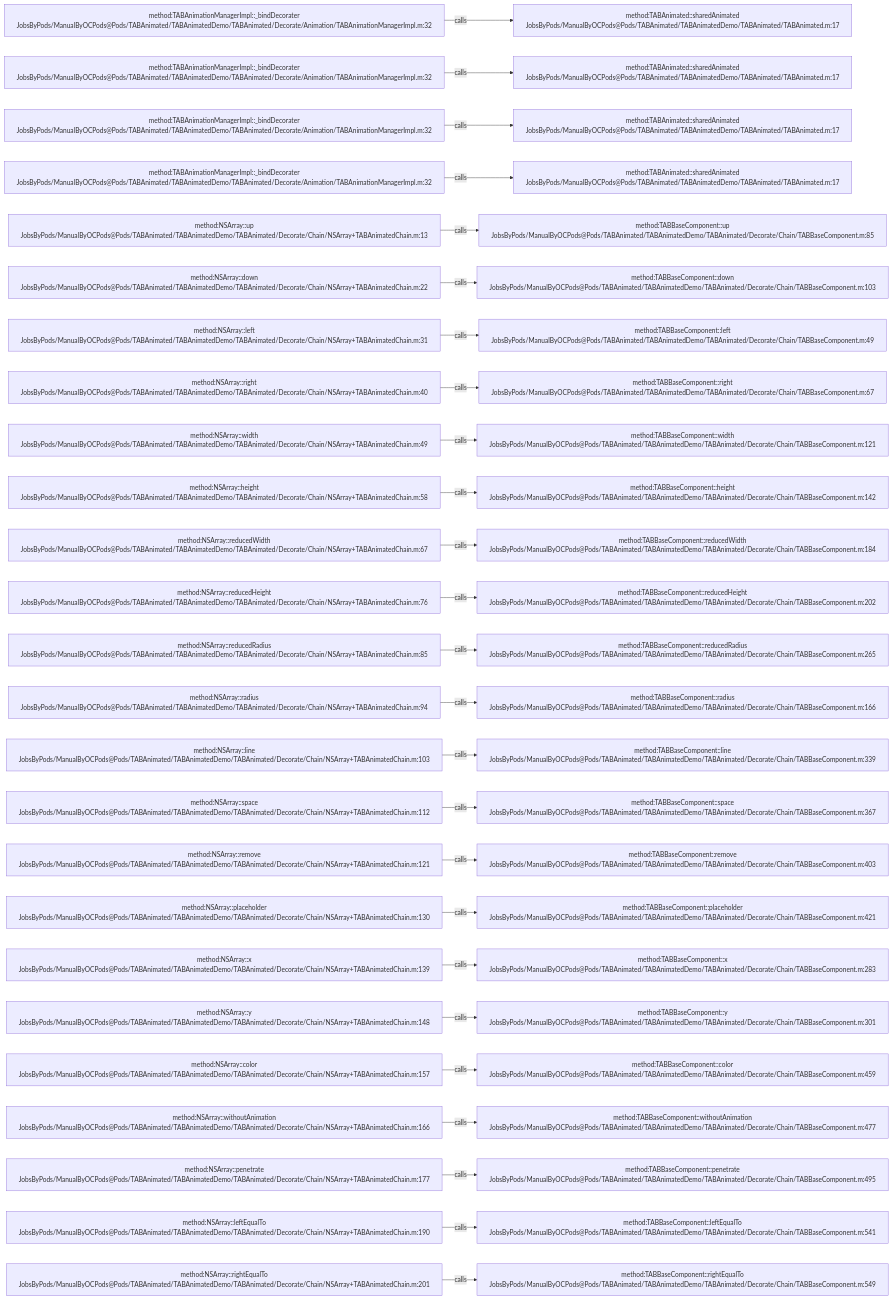
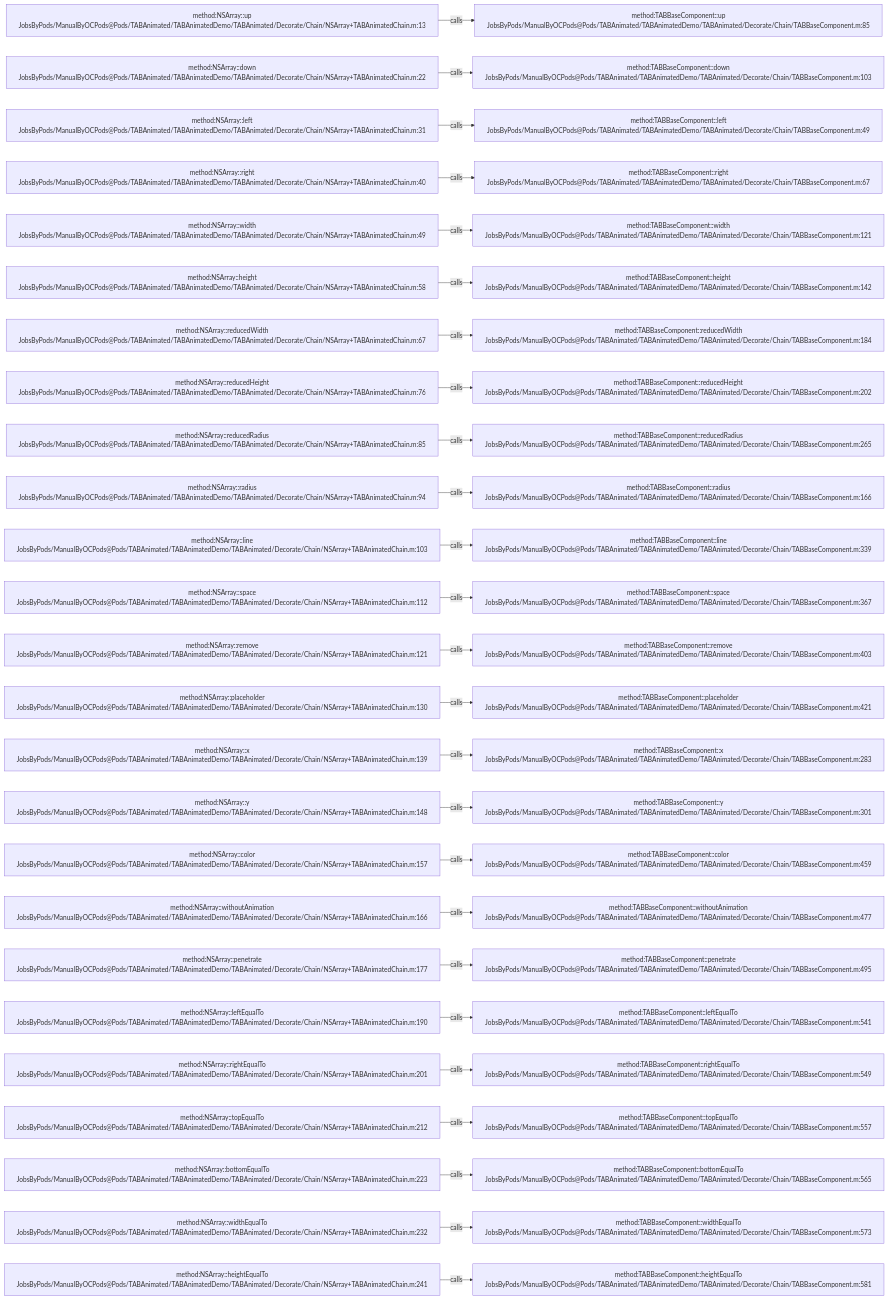
Before and after one commit to JobsKits/JobsOCBaseConfigDemo: the diagram in .codegraph/codegraph.md/graphs/calls-028.md, drawn with Mermaid. The commit also changed 727 other files, not shown here.

````diff
--- a/.codegraph/codegraph.md/graphs/calls-028.md
+++ b/.codegraph/codegraph.md/graphs/calls-028.md
@@ -13,78 +13,78 @@
 ```mermaid
 flowchart LR
-  S1["method:TABAnimationManagerImpl::_bindDecorater<br/>JobsByPods/ManualByOCPods@Pods/TABAnimated/TABAnimatedDemo/TABAnimated/Decorate/Animation/TABAnimationManagerImpl.m:32"]
-  T1["method:TABAnimated::sharedAnimated<br/>JobsByPods/ManualByOCPods@Pods/TABAnimated/TABAnimatedDemo/TABAnimated/TABAnimated.m:17"]
+  S1["method:NSArray::up<br/>JobsByPods/ManualByOCPods@Pods/TABAnimated/TABAnimatedDemo/TABAnimated/Decorate/Chain/NSArray+TABAnimatedChain.m:13"]
+  T1["method:TABBaseComponent::up<br/>JobsByPods/ManualByOCPods@Pods/TABAnimated/TABAnimatedDemo/TABAnimated/Decorate/Chain/TABBaseComponent.m:85"]
   S1 -->|calls| T1
-  S2["method:TABAnimationManagerImpl::_bindDecorater<br/>JobsByPods/ManualByOCPods@Pods/TABAnimated/TABAnimatedDemo/TABAnimated/Decorate/Animation/TABAnimationManagerImpl.m:32"]
-  T2["method:TABAnimated::sharedAnimated<br/>JobsByPods/ManualByOCPods@Pods/TABAnimated/TABAnimatedDemo/TABAnimated/TABAnimated.m:17"]
+  S2["method:NSArray::down<br/>JobsByPods/ManualByOCPods@Pods/TABAnimated/TABAnimatedDemo/TABAnimated/Decorate/Chain/NSArray+TABAnimatedChain.m:22"]
+  T2["method:TABBaseComponent::down<br/>JobsByPods/ManualByOCPods@Pods/TABAnimated/TABAnimatedDemo/TABAnimated/Decorate/Chain/TABBaseComponent.m:103"]
   S2 -->|calls| T2
-  S3["method:TABAnimationManagerImpl::_bindDecorater<br/>JobsByPods/ManualByOCPods@Pods/TABAnimated/TABAnimatedDemo/TABAnimated/Decorate/Animation/TABAnimationManagerImpl.m:32"]
-  T3["method:TABAnimated::sharedAnimated<br/>JobsByPods/ManualByOCPods@Pods/TABAnimated/TABAnimatedDemo/TABAnimated/TABAnimated.m:17"]
+  S3["method:NSArray::left<br/>JobsByPods/ManualByOCPods@Pods/TABAnimated/TABAnimatedDemo/TABAnimated/Decorate/Chain/NSArray+TABAnimatedChain.m:31"]
+  T3["method:TABBaseComponent::left<br/>JobsByPods/ManualByOCPods@Pods/TABAnimated/TABAnimatedDemo/TABAnimated/Decorate/Chain/TABBaseComponent.m:49"]
   S3 -->|calls| T3
-  S4["method:TABAnimationManagerImpl::_bindDecorater<br/>JobsByPods/ManualByOCPods@Pods/TABAnimated/TABAnimatedDemo/TABAnimated/Decorate/Animation/TABAnimationManagerImpl.m:32"]
-  T4["method:TABAnimated::sharedAnimated<br/>JobsByPods/ManualByOCPods@Pods/TABAnimated/TABAnimatedDemo/TABAnimated/TABAnimated.m:17"]
+  S4["method:NSArray::right<br/>JobsByPods/ManualByOCPods@Pods/TABAnimated/TABAnimatedDemo/TABAnimated/Decorate/Chain/NSArray+TABAnimatedChain.m:40"]
+  T4["method:TABBaseComponent::right<br/>JobsByPods/ManualByOCPods@Pods/TABAnimated/TABAnimatedDemo/TABAnimated/Decorate/Chain/TABBaseComponent.m:67"]
   S4 -->|calls| T4
-  S5["method:NSArray::up<br/>JobsByPods/ManualByOCPods@Pods/TABAnimated/TABAnimatedDemo/TABAnimated/Decorate/Chain/NSArray+TABAnimatedChain.m:13"]
-  T5["method:TABBaseComponent::up<br/>JobsByPods/ManualByOCPods@Pods/TABAnimated/TABAnimatedDemo/TABAnimated/Decorate/Chain/TABBaseComponent.m:85"]
+  S5["method:NSArray::width<br/>JobsByPods/ManualByOCPods@Pods/TABAnimated/TABAnimatedDemo/TABAnimated/Decorate/Chain/NSArray+TABAnimatedChain.m:49"]
+  T5["method:TABBaseComponent::width<br/>JobsByPods/ManualByOCPods@Pods/TABAnimated/TABAnimatedDemo/TABAnimated/Decorate/Chain/TABBaseComponent.m:121"]
   S5 -->|calls| T5
-  S6["method:NSArray::down<br/>JobsByPods/ManualByOCPods@Pods/TABAnimated/TABAnimatedDemo/TABAnimated/Decorate/Chain/NSArray+TABAnimatedChain.m:22"]
-  T6["method:TABBaseComponent::down<br/>JobsByPods/ManualByOCPods@Pods/TABAnimated/TABAnimatedDemo/TABAnimated/Decorate/Chain/TABBaseComponent.m:103"]
+  S6["method:NSArray::height<br/>JobsByPods/ManualByOCPods@Pods/TABAnimated/TABAnimatedDemo/TABAnimated/Decorate/Chain/NSArray+TABAnimatedChain.m:58"]
+  T6["method:TABBaseComponent::height<br/>JobsByPods/ManualByOCPods@Pods/TABAnimated/TABAnimatedDemo/TABAnimated/Decorate/Chain/TABBaseComponent.m:142"]
   S6 -->|calls| T6
-  S7["method:NSArray::left<br/>JobsByPods/ManualByOCPods@Pods/TABAnimated/TABAnimatedDemo/TABAnimated/Decorate/Chain/NSArray+TABAnimatedChain.m:31"]
-  T7["method:TABBaseComponent::left<br/>JobsByPods/ManualByOCPods@Pods/TABAnimated/TABAnimatedDemo/TABAnimated/Decorate/Chain/TABBaseComponent.m:49"]
+  S7["method:NSArray::reducedWidth<br/>JobsByPods/ManualByOCPods@Pods/TABAnimated/TABAnimatedDemo/TABAnimated/Decorate/Chain/NSArray+TABAnimatedChain.m:67"]
+  T7["method:TABBaseComponent::reducedWidth<br/>JobsByPods/ManualByOCPods@Pods/TABAnimated/TABAnimatedDemo/TABAnimated/Decorate/Chain/TABBaseComponent.m:184"]
   S7 -->|calls| T7
-  S8["method:NSArray::right<br/>JobsByPods/ManualByOCPods@Pods/TABAnimated/TABAnimatedDemo/TABAnimated/Decorate/Chain/NSArray+TABAnimatedChain.m:40"]
-  T8["method:TABBaseComponent::right<br/>JobsByPods/ManualByOCPods@Pods/TABAnimated/TABAnimatedDemo/TABAnimated/Decorate/Chain/TABBaseComponent.m:67"]
+  S8["method:NSArray::reducedHeight<br/>JobsByPods/ManualByOCPods@Pods/TABAnimated/TABAnimatedDemo/TABAnimated/Decorate/Chain/NSArray+TABAnimatedChain.m:76"]
+  T8["method:TABBaseComponent::reducedHeight<br/>JobsByPods/ManualByOCPods@Pods/TABAnimated/TABAnimatedDemo/TABAnimated/Decorate/Chain/TABBaseComponent.m:202"]
   S8 -->|calls| T8
-  S9["method:NSArray::width<br/>JobsByPods/ManualByOCPods@Pods/TABAnimated/TABAnimatedDemo/TABAnimated/Decorate/Chain/NSArray+TABAnimatedChain.m:49"]
-  T9["method:TABBaseComponent::width<br/>JobsByPods/ManualByOCPods@Pods/TABAnimated/TABAnimatedDemo/TABAnimated/Decorate/Chain/TABBaseComponent.m:121"]
+  S9["method:NSArray::reducedRadius<br/>JobsByPods/ManualByOCPods@Pods/TABAnimated/TABAnimatedDemo/TABAnimated/Decorate/Chain/NSArray+TABAnimatedChain.m:85"]
+  T9["method:TABBaseComponent::reducedRadius<br/>JobsByPods/ManualByOCPods@Pods/TABAnimated/TABAnimatedDemo/TABAnimated/Decorate/Chain/TABBaseComponent.m:265"]
   S9 -->|calls| T9
-  S10["method:NSArray::height<br/>JobsByPods/ManualByOCPods@Pods/TABAnimated/TABAnimatedDemo/TABAnimated/Decorate/Chain/NSArray+TABAnimatedChain.m:58"]
-  T10["method:TABBaseComponent::height<br/>JobsByPods/ManualByOCPods@Pods/TABAnimated/TABAnimatedDemo/TABAnimated/Decorate/Chain/TABBaseComponent.m:142"]
+  S10["method:NSArray::radius<br/>JobsByPods/ManualByOCPods@Pods/TABAnimated/TABAnimatedDemo/TABAnimated/Decorate/Chain/NSArray+TABAnimatedChain.m:94"]
+  T10["method:TABBaseComponent::radius<br/>JobsByPods/ManualByOCPods@Pods/TABAnimated/TABAnimatedDemo/TABAnimated/Decorate/Chain/TABBaseComponent.m:166"]
   S10 -->|calls| T10
-  S11["method:NSArray::reducedWidth<br/>JobsByPods/ManualByOCPods@Pods/TABAnimated/TABAnimatedDemo/TABAnimated/Decorate/Chain/NSArray+TABAnimatedChain.m:67"]
-  T11["method:TABBaseComponent::reducedWidth<br/>JobsByPods/ManualByOCPods@Pods/TABAnimated/TABAnimatedDemo/TABAnimated/Decorate/Chain/TABBaseComponent.m:184"]
+  S11["method:NSArray::line<br/>JobsByPods/ManualByOCPods@Pods/TABAnimated/TABAnimatedDemo/TABAnimated/Decorate/Chain/NSArray+TABAnimatedChain.m:103"]
+  T11["method:TABBaseComponent::line<br/>JobsByPods/ManualByOCPods@Pods/TABAnimated/TABAnimatedDemo/TABAnimated/Decorate/Chain/TABBaseComponent.m:339"]
   S11 -->|calls| T11
-  S12["method:NSArray::reducedHeight<br/>JobsByPods/ManualByOCPods@Pods/TABAnimated/TABAnimatedDemo/TABAnimated/Decorate/Chain/NSArray+TABAnimatedChain.m:76"]
-  T12["method:TABBaseComponent::reducedHeight<br/>JobsByPods/ManualByOCPods@Pods/TABAnimated/TABAnimatedDemo/TABAnimated/Decorate/Chain/TABBaseComponent.m:202"]
+  S12["method:NSArray::space<br/>JobsByPods/ManualByOCPods@Pods/TABAnimated/TABAnimatedDemo/TABAnimated/Decorate/Chain/NSArray+TABAnimatedChain.m:112"]
+  T12["method:TABBaseComponent::space<br/>JobsByPods/ManualByOCPods@Pods/TABAnimated/TABAnimatedDemo/TABAnimated/Decorate/Chain/TABBaseComponent.m:367"]
   S12 -->|calls| T12
-  S13["method:NSArray::reducedRadius<br/>JobsByPods/ManualByOCPods@Pods/TABAnimated/TABAnimatedDemo/TABAnimated/Decorate/Chain/NSArray+TABAnimatedChain.m:85"]
-  T13["method:TABBaseComponent::reducedRadius<br/>JobsByPods/ManualByOCPods@Pods/TABAnimated/TABAnimatedDemo/TABAnimated/Decorate/Chain/TABBaseComponent.m:265"]
+  S13["method:NSArray::remove<br/>JobsByPods/ManualByOCPods@Pods/TABAnimated/TABAnimatedDemo/TABAnimated/Decorate/Chain/NSArray+TABAnimatedChain.m:121"]
+  T13["method:TABBaseComponent::remove<br/>JobsByPods/ManualByOCPods@Pods/TABAnimated/TABAnimatedDemo/TABAnimated/Decorate/Chain/TABBaseComponent.m:403"]
   S13 -->|calls| T13
-  S14["method:NSArray::radius<br/>JobsByPods/ManualByOCPods@Pods/TABAnimated/TABAnimatedDemo/TABAnimated/Decorate/Chain/NSArray+TABAnimatedChain.m:94"]
-  T14["method:TABBaseComponent::radius<br/>JobsByPods/ManualByOCPods@Pods/TABAnimated/TABAnimatedDemo/TABAnimated/Decorate/Chain/TABBaseComponent.m:166"]
+  S14["method:NSArray::placeholder<br/>JobsByPods/ManualByOCPods@Pods/TABAnimated/TABAnimatedDemo/TABAnimated/Decorate/Chain/NSArray+TABAnimatedChain.m:130"]
+  T14["method:TABBaseComponent::placeholder<br/>JobsByPods/ManualByOCPods@Pods/TABAnimated/TABAnimatedDemo/TABAnimated/Decorate/Chain/TABBaseComponent.m:421"]
   S14 -->|calls| T14
-  S15["method:NSArray::line<br/>JobsByPods/ManualByOCPods@Pods/TABAnimated/TABAnimatedDemo/TABAnimated/Decorate/Chain/NSArray+TABAnimatedChain.m:103"]
-  T15["method:TABBaseComponent::line<br/>JobsByPods/ManualByOCPods@Pods/TABAnimated/TABAnimatedDemo/TABAnimated/Decorate/Chain/TABBaseComponent.m:339"]
+  S15["method:NSArray::x<br/>JobsByPods/ManualByOCPods@Pods/TABAnimated/TABAnimatedDemo/TABAnimated/Decorate/Chain/NSArray+TABAnimatedChain.m:139"]
+  T15["method:TABBaseComponent::x<br/>JobsByPods/ManualByOCPods@Pods/TABAnimated/TABAnimatedDemo/TABAnimated/Decorate/Chain/TABBaseComponent.m:283"]
   S15 -->|calls| T15
-  S16["method:NSArray::space<br/>JobsByPods/ManualByOCPods@Pods/TABAnimated/TABAnimatedDemo/TABAnimated/Decorate/Chain/NSArray+TABAnimatedChain.m:112"]
-  T16["method:TABBaseComponent::space<br/>JobsByPods/ManualByOCPods@Pods/TABAnimated/TABAnimatedDemo/TABAnimated/Decorate/Chain/TABBaseComponent.m:367"]
+  S16["method:NSArray::y<br/>JobsByPods/ManualByOCPods@Pods/TABAnimated/TABAnimatedDemo/TABAnimated/Decorate/Chain/NSArray+TABAnimatedChain.m:148"]
+  T16["method:TABBaseComponent::y<br/>JobsByPods/ManualByOCPods@Pods/TABAnimated/TABAnimatedDemo/TABAnimated/Decorate/Chain/TABBaseComponent.m:301"]
   S16 -->|calls| T16
-  S17["method:NSArray::remove<br/>JobsByPods/ManualByOCPods@Pods/TABAnimated/TABAnimatedDemo/TABAnimated/Decorate/Chain/NSArray+TABAnimatedChain.m:121"]
-  T17["method:TABBaseComponent::remove<br/>JobsByPods/ManualByOCPods@Pods/TABAnimated/TABAnimatedDemo/TABAnimated/Decorate/Chain/TABBaseComponent.m:403"]
+  S17["method:NSArray::color<br/>JobsByPods/ManualByOCPods@Pods/TABAnimated/TABAnimatedDemo/TABAnimated/Decorate/Chain/NSArray+TABAnimatedChain.m:157"]
+  T17["method:TABBaseComponent::color<br/>JobsByPods/ManualByOCPods@Pods/TABAnimated/TABAnimatedDemo/TABAnimated/Decorate/Chain/TABBaseComponent.m:459"]
   S17 -->|calls| T17
-  S18["method:NSArray::placeholder<br/>JobsByPods/ManualByOCPods@Pods/TABAnimated/TABAnimatedDemo/TABAnimated/Decorate/Chain/NSArray+TABAnimatedChain.m:130"]
-  T18["method:TABBaseComponent::placeholder<br/>JobsByPods/ManualByOCPods@Pods/TABAnimated/TABAnimatedDemo/TABAnimated/Decorate/Chain/TABBaseComponent.m:421"]
+  S18["method:NSArray::withoutAnimation<br/>JobsByPods/ManualByOCPods@Pods/TABAnimated/TABAnimatedDemo/TABAnimated/Decorate/Chain/NSArray+TABAnimatedChain.m:166"]
+  T18["method:TABBaseComponent::withoutAnimation<br/>JobsByPods/ManualByOCPods@Pods/TABAnimated/TABAnimatedDemo/TABAnimated/Decorate/Chain/TABBaseComponent.m:477"]
   S18 -->|calls| T18
-  S19["method:NSArray::x<br/>JobsByPods/ManualByOCPods@Pods/TABAnimated/TABAnimatedDemo/TABAnimated/Decorate/Chain/NSArray+TABAnimatedChain.m:139"]
-  T19["method:TABBaseComponent::x<br/>JobsByPods/ManualByOCPods@Pods/TABAnimated/TABAnimatedDemo/TABAnimated/Decorate/Chain/TABBaseComponent.m:283"]
+  S19["method:NSArray::penetrate<br/>JobsByPods/ManualByOCPods@Pods/TABAnimated/TABAnimatedDemo/TABAnimated/Decorate/Chain/NSArray+TABAnimatedChain.m:177"]
+  T19["method:TABBaseComponent::penetrate<br/>JobsByPods/ManualByOCPods@Pods/TABAnimated/TABAnimatedDemo/TABAnimated/Decorate/Chain/TABBaseComponent.m:495"]
   S19 -->|calls| T19
-  S20["method:NSArray::y<br/>JobsByPods/ManualByOCPods@Pods/TABAnimated/TABAnimatedDemo/TABAnimated/Decorate/Chain/NSArray+TABAnimatedChain.m:148"]
-  T20["method:TABBaseComponent::y<br/>JobsByPods/ManualByOCPods@Pods/TABAnimated/TABAnimatedDemo/TABAnimated/Decorate/Chain/TABBaseComponent.m:301"]
+  S20["method:NSArray::leftEqualTo<br/>JobsByPods/ManualByOCPods@Pods/TABAnimated/TABAnimatedDemo/TABAnimated/Decorate/Chain/NSArray+TABAnimatedChain.m:190"]
+  T20["method:TABBaseComponent::leftEqualTo<br/>JobsByPods/ManualByOCPods@Pods/TABAnimated/TABAnimatedDemo/TABAnimated/Decorate/Chain/TABBaseComponent.m:541"]
   S20 -->|calls| T20
-  S21["method:NSArray::color<br/>JobsByPods/ManualByOCPods@Pods/TABAnimated/TABAnimatedDemo/TABAnimated/Decorate/Chain/NSArray+TABAnimatedChain.m:157"]
-  T21["method:TABBaseComponent::color<br/>JobsByPods/ManualByOCPods@Pods/TABAnimated/TABAnimatedDemo/TABAnimated/Decorate/Chain/TABBaseComponent.m:459"]
+  S21["method:NSArray::rightEqualTo<br/>JobsByPods/ManualByOCPods@Pods/TABAnimated/TABAnimatedDemo/TABAnimated/Decorate/Chain/NSArray+TABAnimatedChain.m:201"]
+  T21["method:TABBaseComponent::rightEqualTo<br/>JobsByPods/ManualByOCPods@Pods/TABAnimated/TABAnimatedDemo/TABAnimated/Decorate/Chain/TABBaseComponent.m:549"]
   S21 -->|calls| T21
-  S22["method:NSArray::withoutAnimation<br/>JobsByPods/ManualByOCPods@Pods/TABAnimated/TABAnimatedDemo/TABAnimated/Decorate/Chain/NSArray+TABAnimatedChain.m:166"]
-  T22["method:TABBaseComponent::withoutAnimation<br/>JobsByPods/ManualByOCPods@Pods/TABAnimated/TABAnimatedDemo/TABAnimated/Decorate/Chain/TABBaseComponent.m:477"]
+  S22["method:NSArray::topEqualTo<br/>JobsByPods/ManualByOCPods@Pods/TABAnimated/TABAnimatedDemo/TABAnimated/Decorate/Chain/NSArray+TABAnimatedChain.m:212"]
+  T22["method:TABBaseComponent::topEqualTo<br/>JobsByPods/ManualByOCPods@Pods/TABAnimated/TABAnimatedDemo/TABAnimated/Decorate/Chain/TABBaseComponent.m:557"]
   S22 -->|calls| T22
-  S23["method:NSArray::penetrate<br/>JobsByPods/ManualByOCPods@Pods/TABAnimated/TABAnimatedDemo/TABAnimated/Decorate/Chain/NSArray+TABAnimatedChain.m:177"]
-  T23["method:TABBaseComponent::penetrate<br/>JobsByPods/ManualByOCPods@Pods/TABAnimated/TABAnimatedDemo/TABAnimated/Decorate/Chain/TABBaseComponent.m:495"]
+  S23["method:NSArray::bottomEqualTo<br/>JobsByPods/ManualByOCPods@Pods/TABAnimated/TABAnimatedDemo/TABAnimated/Decorate/Chain/NSArray+TABAnimatedChain.m:223"]
+  T23["method:TABBaseComponent::bottomEqualTo<br/>JobsByPods/ManualByOCPods@Pods/TABAnimated/TABAnimatedDemo/TABAnimated/Decorate/Chain/TABBaseComponent.m:565"]
   S23 -->|calls| T23
-  S24["method:NSArray::leftEqualTo<br/>JobsByPods/ManualByOCPods@Pods/TABAnimated/TABAnimatedDemo/TABAnimated/Decorate/Chain/NSArray+TABAnimatedChain.m:190"]
-  T24["method:TABBaseComponent::leftEqualTo<br/>JobsByPods/ManualByOCPods@Pods/TABAnimated/TABAnimatedDemo/TABAnimated/Decorate/Chain/TABBaseComponent.m:541"]
+  S24["method:NSArray::widthEqualTo<br/>JobsByPods/ManualByOCPods@Pods/TABAnimated/TABAnimatedDemo/TABAnimated/Decorate/Chain/NSArray+TABAnimatedChain.m:232"]
+  T24["method:TABBaseComponent::widthEqualTo<br/>JobsByPods/ManualByOCPods@Pods/TABAnimated/TABAnimatedDemo/TABAnimated/Decorate/Chain/TABBaseComponent.m:573"]
   S24 -->|calls| T24
-  S25["method:NSArray::rightEqualTo<br/>JobsByPods/ManualByOCPods@Pods/TABAnimated/TABAnimatedDemo/TABAnimated/Decorate/Chain/NSArray+TABAnimatedChain.m:201"]
-  T25["method:TABBaseComponent::rightEqualTo<br/>JobsByPods/ManualByOCPods@Pods/TABAnimated/TABAnimatedDemo/TABAnimated/Decorate/Chain/TABBaseComponent.m:549"]
+  S25["method:NSArray::heightEqualTo<br/>JobsByPods/ManualByOCPods@Pods/TABAnimated/TABAnimatedDemo/TABAnimated/Decorate/Chain/NSArray+TABAnimatedChain.m:241"]
+  T25["method:TABBaseComponent::heightEqualTo<br/>JobsByPods/ManualByOCPods@Pods/TABAnimated/TABAnimatedDemo/TABAnimated/Decorate/Chain/TABBaseComponent.m:581"]
   S25 -->|calls| T25
 ```
````
